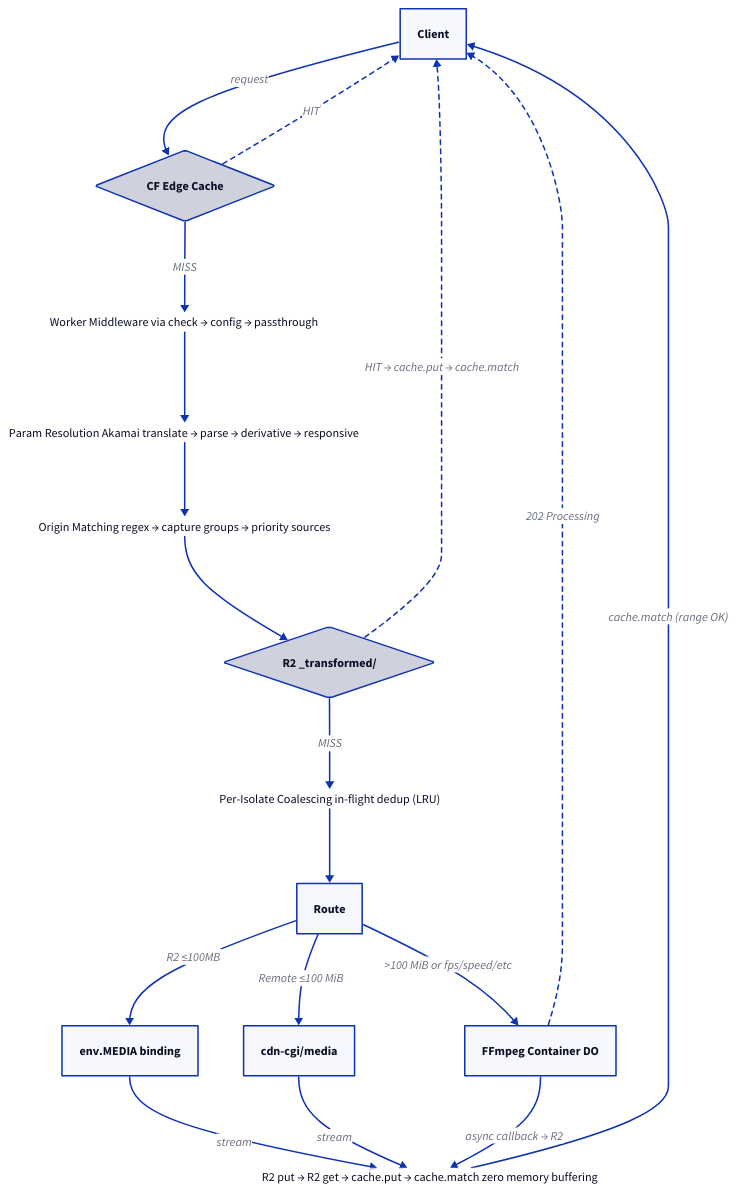
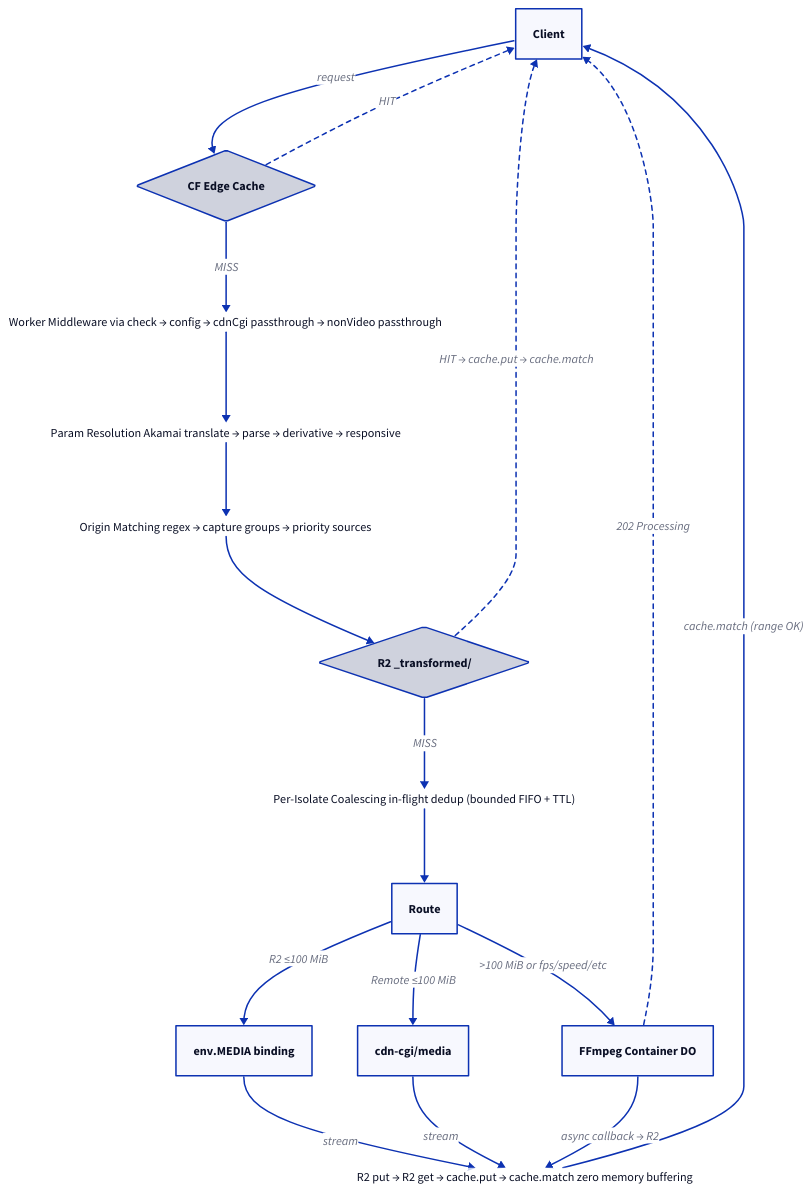
Before and after one commit to erfianugrah/lexicanum: the first of 5 diagrams in src/content/docs/reference/media-transformation-architecture.mdx, drawn with D2. The commit also changed other lines of this file, not shown here.

First line of the commit message:
fix: correct inaccuracies in media transformation architecture docs

````diff
--- a/src/content/docs/reference/media-transformation-architecture.mdx
+++ b/src/content/docs/reference/media-transformation-architecture.mdx
@@ -38,67 +39,67 @@
 ```d2
 direction: down
 
 Client -> Edge: request
 Edge -> Client: HIT {
   style.stroke-dash: 3
 }
 Edge -> Middleware: MISS
 
 Middleware -> Params: ""
 Middleware: |md
   Worker Middleware
-  via check → config → passthrough
+  via check → config → cdnCgi passthrough → nonVideo passthrough
 |
 
 Params -> Origins: ""
 Params: |md
   Param Resolution
   Akamai translate → parse → derivative → responsive
 |
 
 Origins -> R2Cache: ""
 Origins: |md
   Origin Matching
   regex → capture groups → priority sources
 |
 
 R2Cache -> Client: HIT → cache.put → cache.match {
   style.stroke-dash: 3
 }
 R2Cache -> Coalesce: MISS
 
 R2Cache: R2 _transformed/ {
   shape: diamond
 }
 
 Coalesce -> Route: ""
 Coalesce: |md
   Per-Isolate Coalescing
-  in-flight dedup (LRU)
+  in-flight dedup (bounded FIFO + TTL)
 |
 
-Route -> Binding: R2 ≤100MB
+Route -> Binding: R2 ≤100 MiB
 Route -> CdnCgi: Remote ≤100 MiB
 Route -> Container: >100 MiB or fps/speed/etc
 
 Binding -> Store: stream
 CdnCgi -> Store: stream
 Container -> Client: 202 Processing {
   style.stroke-dash: 3
 }
 Container -> Store: async callback → R2
 
 Store -> Client: cache.match (range OK)
 Store: |md
   R2 put → R2 get → cache.put → cache.match
   zero memory buffering
 |
 
 Client: Client
 Edge: CF Edge Cache {
   shape: diamond
 }
 Binding: env.MEDIA binding
 CdnCgi: cdn-cgi/media
 Container: FFmpeg Container DO
 ```
````
